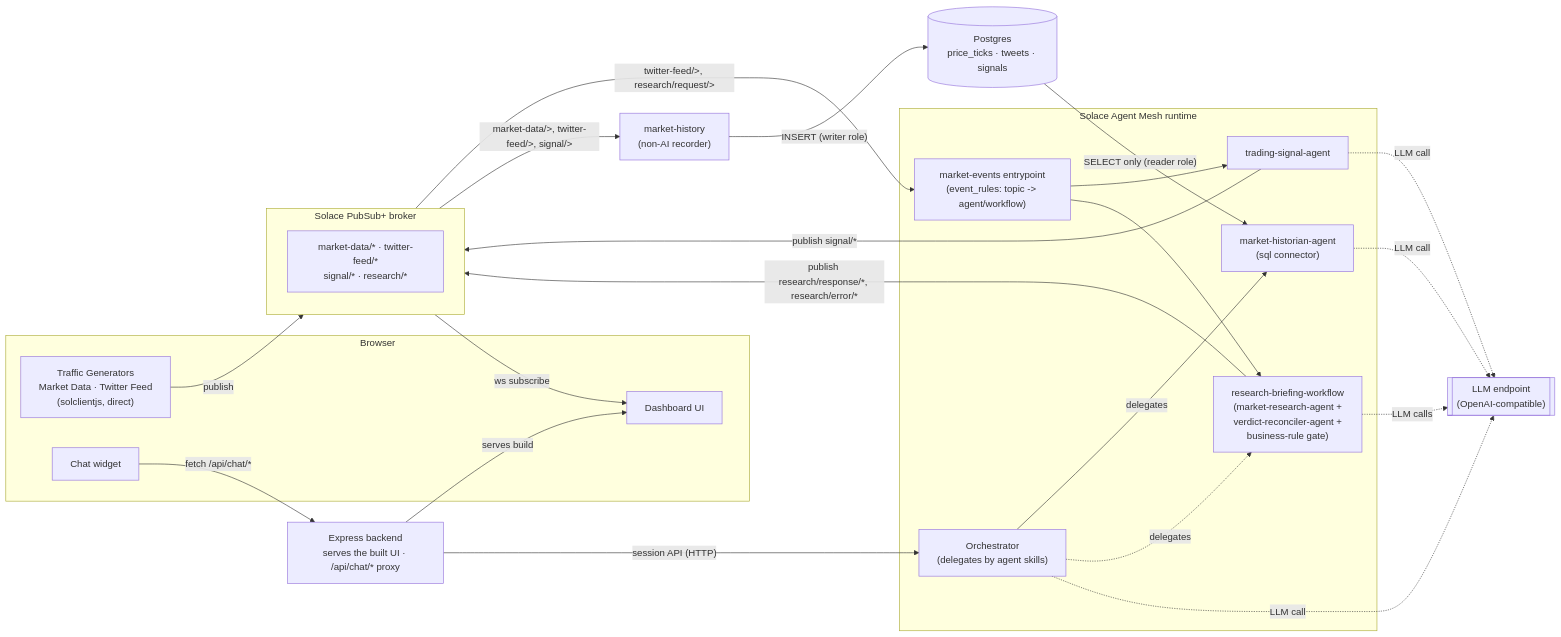
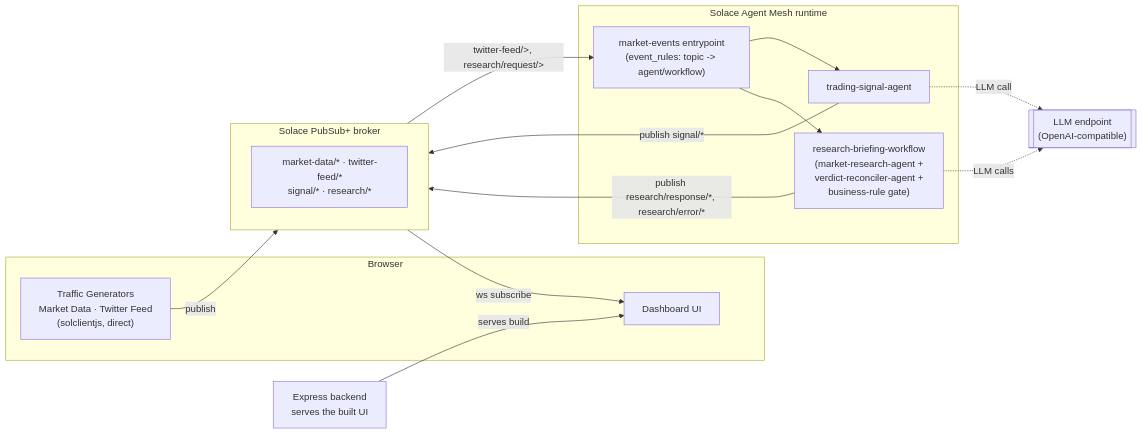
One commit to himoacs/trading-dashboard-solace changed the first of 4 diagrams in README.md. Above: the diagram before and after it, drawn with Mermaid. The commit also changed other lines of this file and 30 other files, not shown here.

First line of the commit message:
Remove SAM Chat/Postgres/history recorder; native Topic Explorer

````diff
--- a/README.md
+++ b/README.md
@@ -149,48 +123,32 @@
 ```mermaid
 flowchart LR
     subgraph Browser["Browser"]
         UI["Dashboard UI"]
         TG["Traffic Generators<br/>Market Data · Twitter Feed<br/>(solclientjs, direct)"]
-        CW["Chat widget"]
     end
 
-    Backend["Express backend<br/>serves the built UI · /api/chat/* proxy"]
+    Backend["Express backend<br/>serves the built UI"]
 
     subgraph Broker["Solace PubSub+ broker"]
         Topics["market-data/* · twitter-feed/*<br/>signal/* · research/*"]
     end
 
-    MH["market-history<br/>(non-AI recorder)"]
-    PG[("Postgres<br/>price_ticks · tweets · signals")]
-
     subgraph SAM["Solace Agent Mesh runtime"]
         EP["market-events entrypoint<br/>(event_rules: topic -> agent/workflow)"]
         A1["trading-signal-agent"]
         WF["research-briefing-workflow<br/>(market-research-agent +<br/>verdict-reconciler-agent +<br/>business-rule gate)"]
-        ORCH["Orchestrator<br/>(delegates by agent skills)"]
-        HA["market-historian-agent<br/>(sql connector)"]
     end
 
     LLM[["LLM endpoint<br/>(OpenAI-compatible)"]]
 
     Backend -- serves build --> UI
     TG -- publish --> Broker
     Broker -- "ws subscribe" --> UI
     Broker -- "twitter-feed/&gt;, research/request/&gt;" --> EP
     EP --> A1
     EP --> WF
     A1 -- "publish signal/*" --> Broker
     WF -- "publish research/response/*, research/error/*" --> Broker
     A1 -. LLM call .-> LLM
     WF -. LLM calls .-> LLM
-
-    Broker -- "market-data/&gt;, twitter-feed/&gt;, signal/&gt;" --> MH
-    MH -- "INSERT (writer role)" --> PG
-    PG -- "SELECT only (reader role)" --> HA
-    CW -- "fetch /api/chat/*" --> Backend
-    Backend -- "session API (HTTP)" --> ORCH
-    ORCH -- delegates --> HA
-    ORCH -. "delegates" .-> WF
-    ORCH -. LLM call .-> LLM
-    HA -. LLM call .-> LLM
 ```
````
